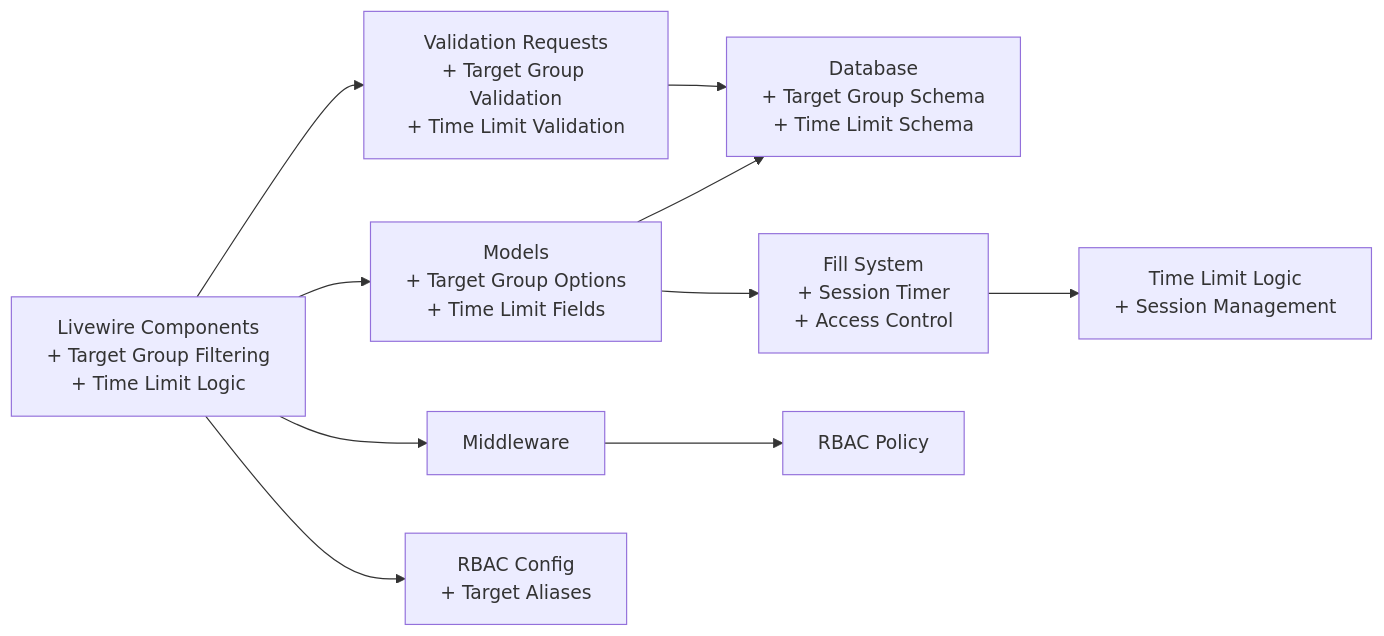
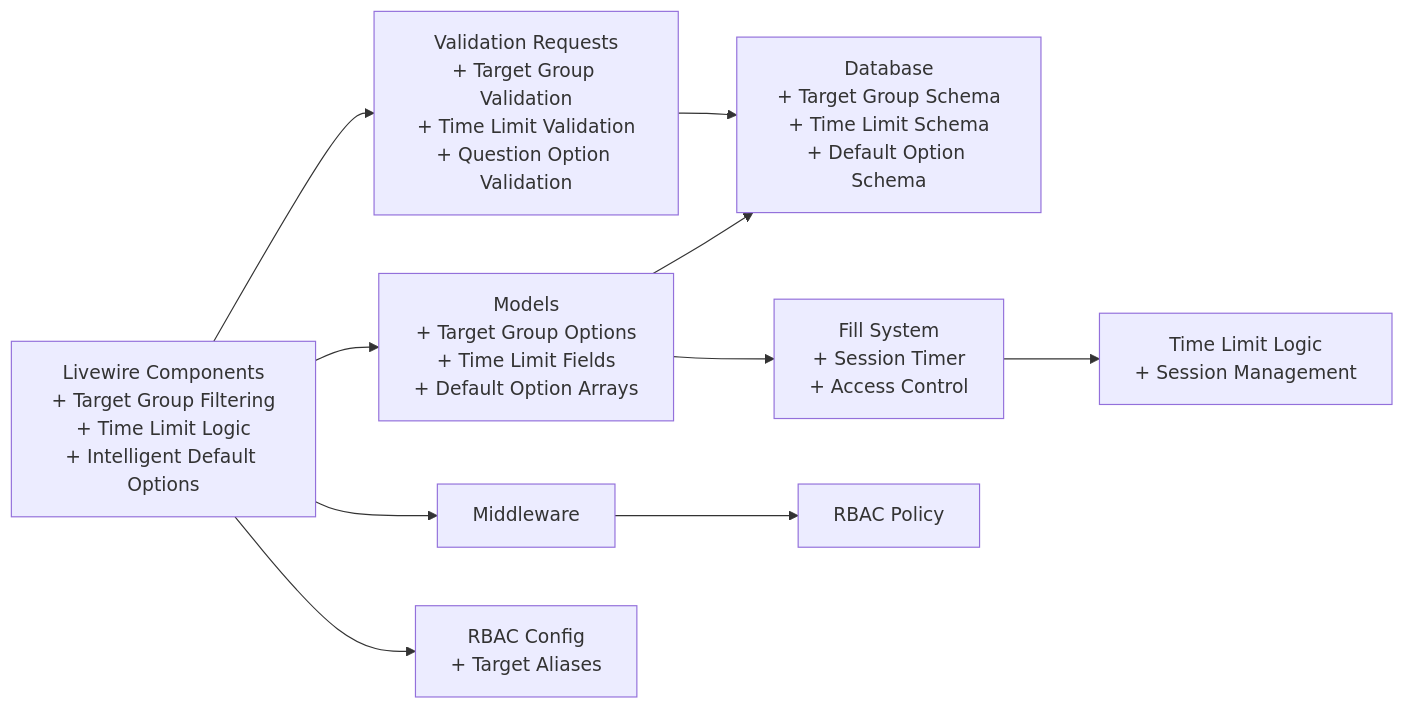
Before and after one commit to rudicatsmile/assesment360: diagram 11 of 11 in .qoder/repowiki/en/content/Livewire Components/Admin Components.md, drawn with Mermaid. The commit also changed other lines of this file and 4 other files, not shown here.

First line of the commit message:
feat(questionnaire): enhance validation and add Indonesian default rating options

````diff
--- a/.qoder/repowiki/en/content/Livewire Components/Admin Components.md
+++ b/.qoder/repowiki/en/content/Livewire Components/Admin Components.md
@@ -496,12 +507,12 @@
 ```mermaid
 graph LR
-LW["Livewire Components<br/>+ Target Group Filtering<br/>+ Time Limit Logic"] --> M["Models<br/>+ Target Group Options<br/>+ Time Limit Fields"]
-LW --> RQ["Validation Requests<br/>+ Target Group Validation<br/>+ Time Limit Validation"]
+LW["Livewire Components<br/>+ Target Group Filtering<br/>+ Time Limit Logic<br/>+ Intelligent Default Options"] --> M["Models<br/>+ Target Group Options<br/>+ Time Limit Fields<br/>+ Default Option Arrays"]
+LW --> RQ["Validation Requests<br/>+ Target Group Validation<br/>+ Time Limit Validation<br/>+ Question Option Validation"]
 LW --> MW["Middleware"]
 LW --> CFG["RBAC Config<br/>+ Target Aliases"]
-M --> DB["Database<br/>+ Target Group Schema<br/>+ Time Limit Schema"]
+M --> DB["Database<br/>+ Target Group Schema<br/>+ Time Limit Schema<br/>+ Default Option Schema"]
 M --> FILL["Fill System<br/>+ Session Timer<br/>+ Access Control"]
 RQ --> DB
 MW --> RBAC["RBAC Policy"]
 FILL --> TIME["Time Limit Logic<br/>+ Session Management"]
 ```
````
